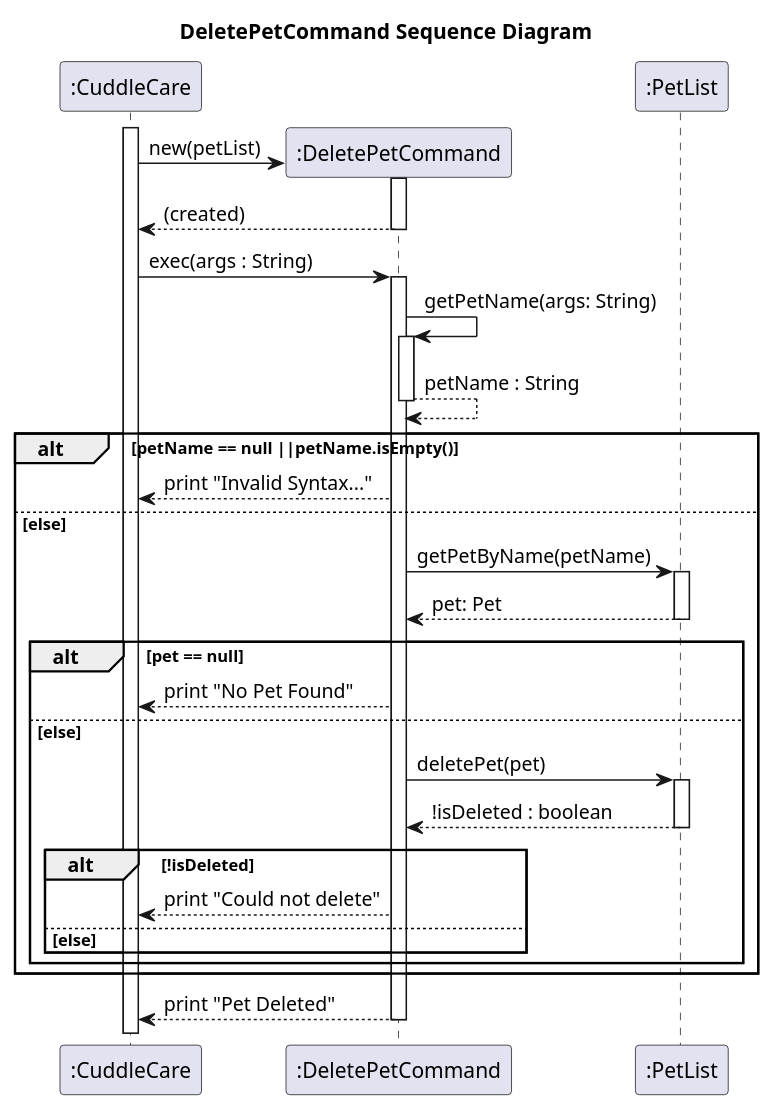
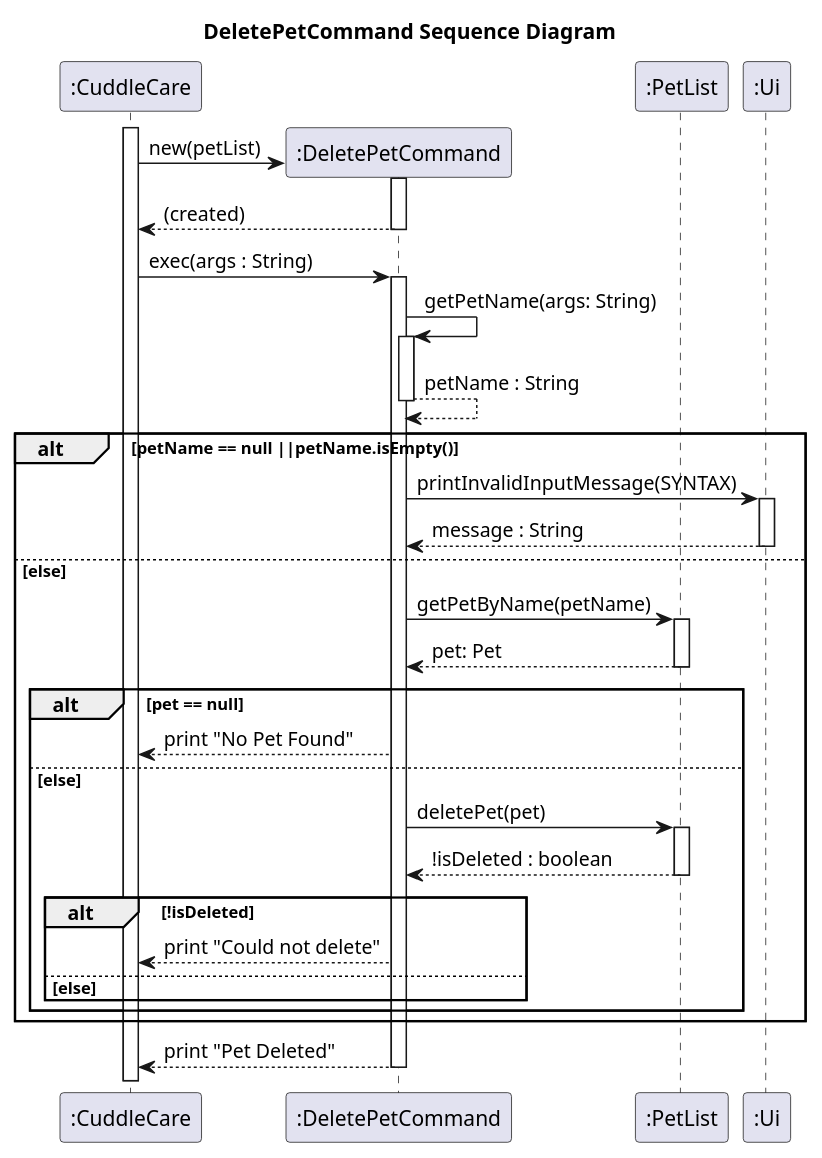
Before and after one commit to Kevin88866/tp: the diagram in docs/uml/DeletePetCommandSequenceDiagram.puml, drawn with PlantUML. The commit also changed 7 other files, not shown here.

```diff
--- a/docs/uml/DeletePetCommandSequenceDiagram.puml
+++ b/docs/uml/DeletePetCommandSequenceDiagram.puml
@@ -1,57 +1,60 @@
 @startuml
 title DeletePetCommand Sequence Diagram
 
 participant ":CuddleCare" as CuddleCare
 participant ":DeletePetCommand" as DeletePetCommand
 participant ":PetList" as PetList
+participant ":Ui" as Ui
 
 activate CuddleCare
 
 ' Constructor
 CuddleCare -> DeletePetCommand** : new(petList)
 activate DeletePetCommand
 return (created)
 
 ' Exec Method
 CuddleCare -> DeletePetCommand : exec(args : String)
 activate DeletePetCommand
 
 ' getPetName Method
 DeletePetCommand -> DeletePetCommand : getPetName(args: String)
 activate DeletePetCommand
 return petName : String
 
 ' if input was invalid
 alt petName == null ||petName.isEmpty()
-    DeletePetCommand --> CuddleCare : print "Invalid Syntax..."
+    DeletePetCommand -> Ui : printInvalidInputMessage(SYNTAX)
+    activate Ui
+    return message : String
 
 else else
     DeletePetCommand -> PetList : getPetByName(petName)
     activate PetList
     return pet: Pet
 
     ' if invalid pet
     alt pet == null
         DeletePetCommand --> CuddleCare : print "No Pet Found"
 
     else else
         DeletePetCommand -> PetList : deletePet(pet)
         activate PetList
         return !isDeleted : boolean
 
         ' if some error in deleting the pet
         alt !isDeleted
             DeletePetCommand --> CuddleCare : print "Could not delete"
 
         else else
 
         end
 
 
     end
 
 end
 ' happy path
             return print "Pet Deleted"
 
 @enduml
```
